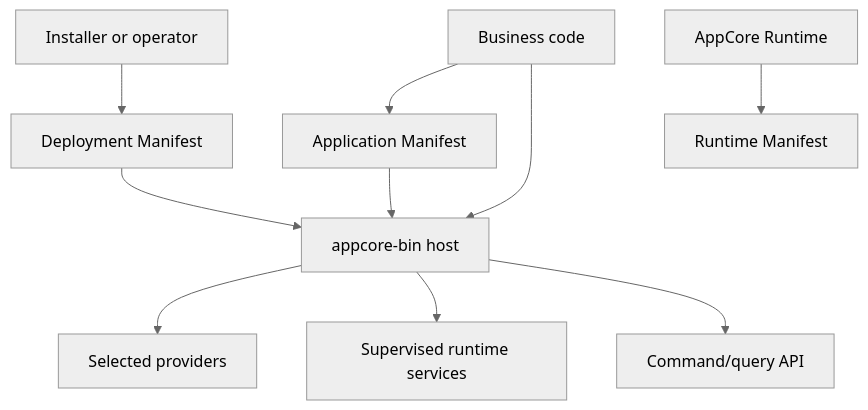
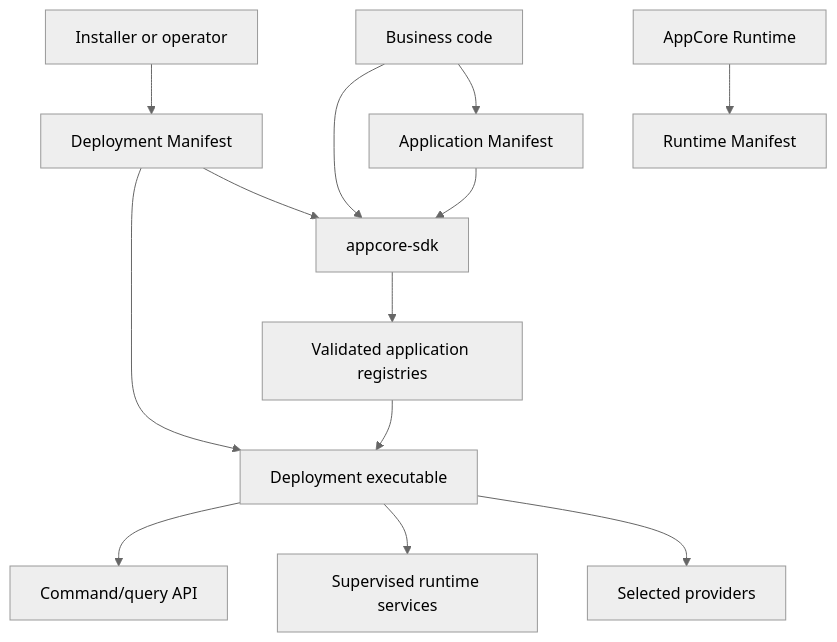
One commit to dnettoRaw/appcore-wiki changed the first of 2 diagrams in docs/introduction/what-is-appcore.md. Above: the diagram before and after it, drawn with Mermaid (neutral theme). The commit also changed other lines of this file and 41 other files, not shown here.

Commit message:
Replace retired host guidance with SDK workflows

````diff
--- a/docs/introduction/what-is-appcore.md
+++ b/docs/introduction/what-is-appcore.md
@@ -29,13 +29,16 @@
 ```mermaid
 flowchart TB
     Business[Business code] --> AppManifest[Application Manifest]
     Operator[Installer or operator] --> DeployManifest[Deployment Manifest]
     Runtime[AppCore Runtime] --> RuntimeManifest[Runtime Manifest]
 
-    AppManifest --> Host[appcore-bin host]
-    DeployManifest --> Host
-    Business --> Host
-    Host --> Providers[Selected providers]
-    Host --> Services[Supervised runtime services]
-    Host --> API[Command/query API]
+    AppManifest --> SDK[appcore-sdk]
+    DeployManifest --> SDK
+    Business --> SDK
+    SDK --> Prepared[Validated application registries]
+    DeployManifest --> Deployment[Deployment executable]
+    Prepared --> Deployment
+    Deployment --> Providers[Selected providers]
+    Deployment --> Services[Supervised runtime services]
+    Deployment --> API[Command/query API]
 ```
````
